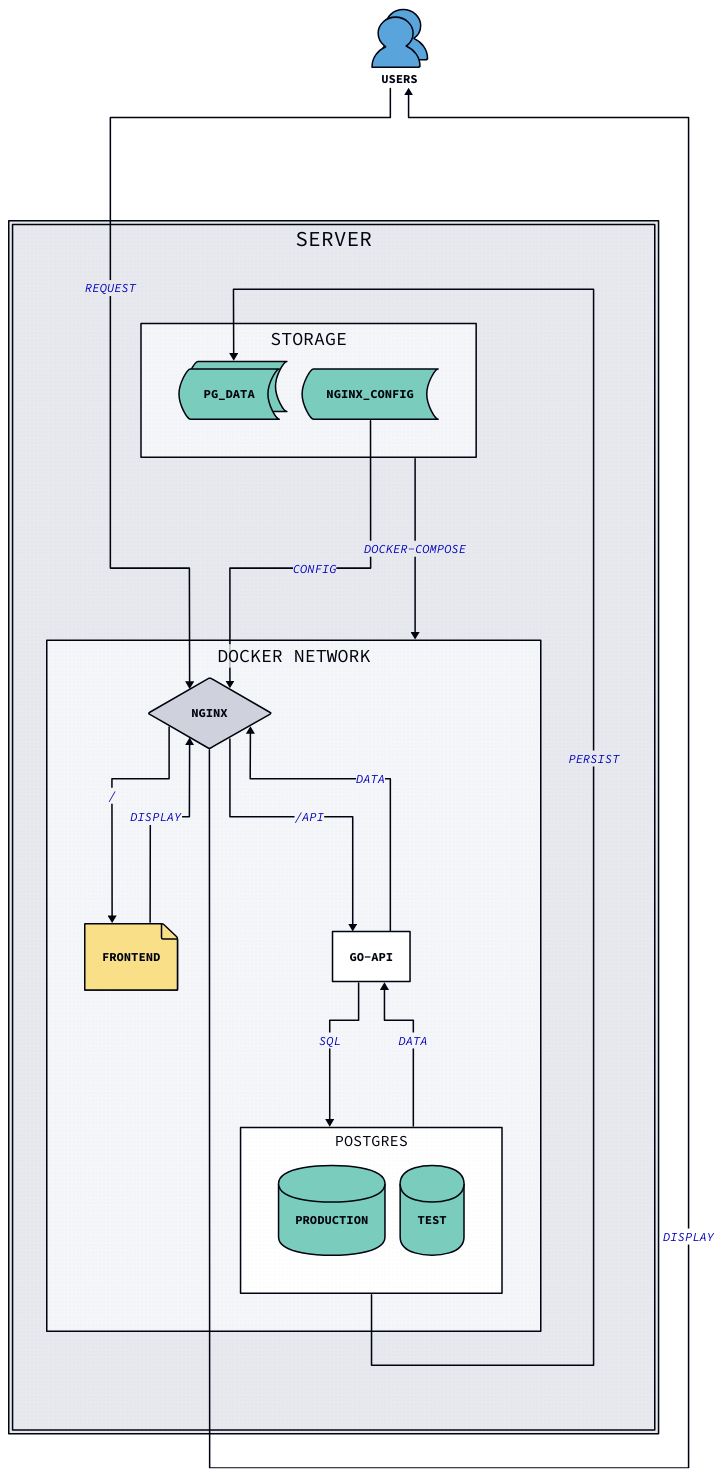
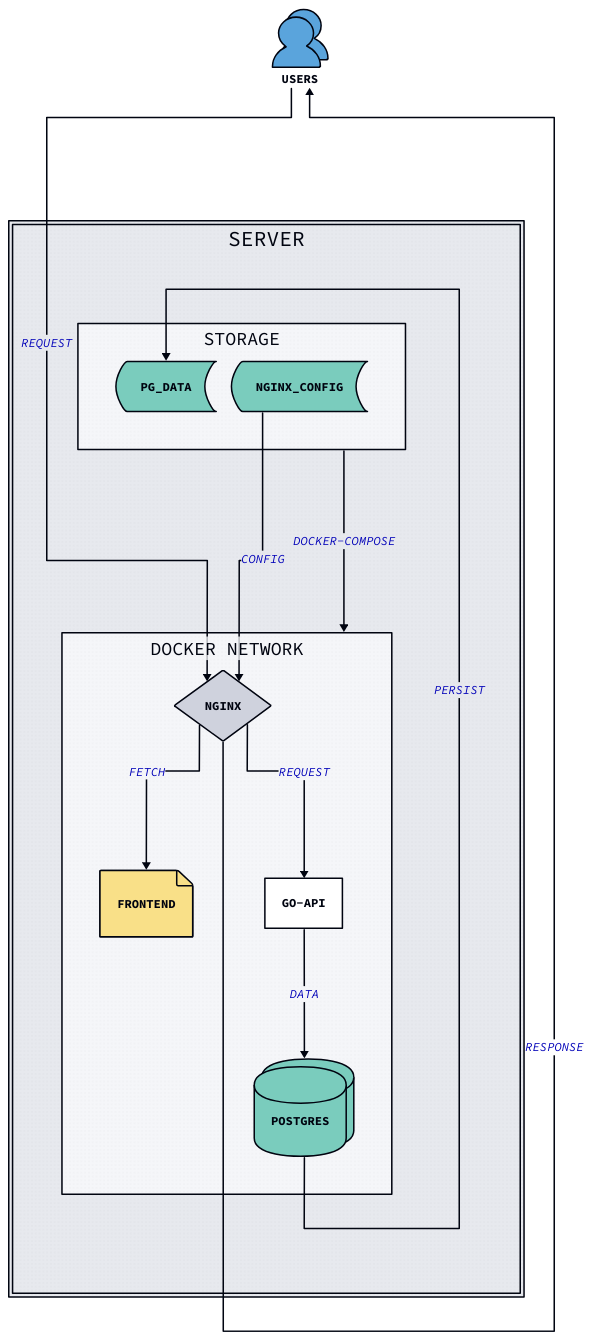
Before and after one commit to jakesmith-101/psychic-waffle: the diagram in plan.d2, drawn with D2.

Commit message:
simplify diagram - drop testing part of diagram

```diff
--- a/plan.d2
+++ b/plan.d2
@@ -1,54 +1,49 @@
 vars: {
   d2-config: {
     layout-engine: elk
     # Terminal theme code
     theme-id: 300
   }
 }
 
 users: {
   shape: person
   style.multiple: true
 }
 
 server: {
   docker network: {
     nginx: {
       shape: diamond
     }
     frontend: {
       shape: page
     }
     go-api
 
     postgres: {
-      production: {
-        shape: cylinder
-      }
-      test: {
-        shape: cylinder
-      }
+      shape: cylinder
+      style.multiple: true
     }
 
-    nginx -> go-api: /api
-    nginx -> frontend: /
-    go-api -> postgres: sql
+    nginx -> go-api: request
+    nginx -> frontend: fetch
+    go-api -> postgres: data
+  }
 
-    postgres -> go-api -> nginx: data
-  }
   storage: {
     pg_data: {
       shape: stored_data
-      style.multiple: true
     }
     nginx_config: {
       shape: stored_data
     }
   }
+
   docker network.postgres -> storage.pg_data: persist
   storage.nginx_config -> docker network.nginx: config
   storage -> docker network: docker-compose
 }
 
 users -> server.docker network.nginx: request
-server.docker network.frontend -> server.docker network.nginx -> users: display
+server.docker network.nginx -> users: response
```
